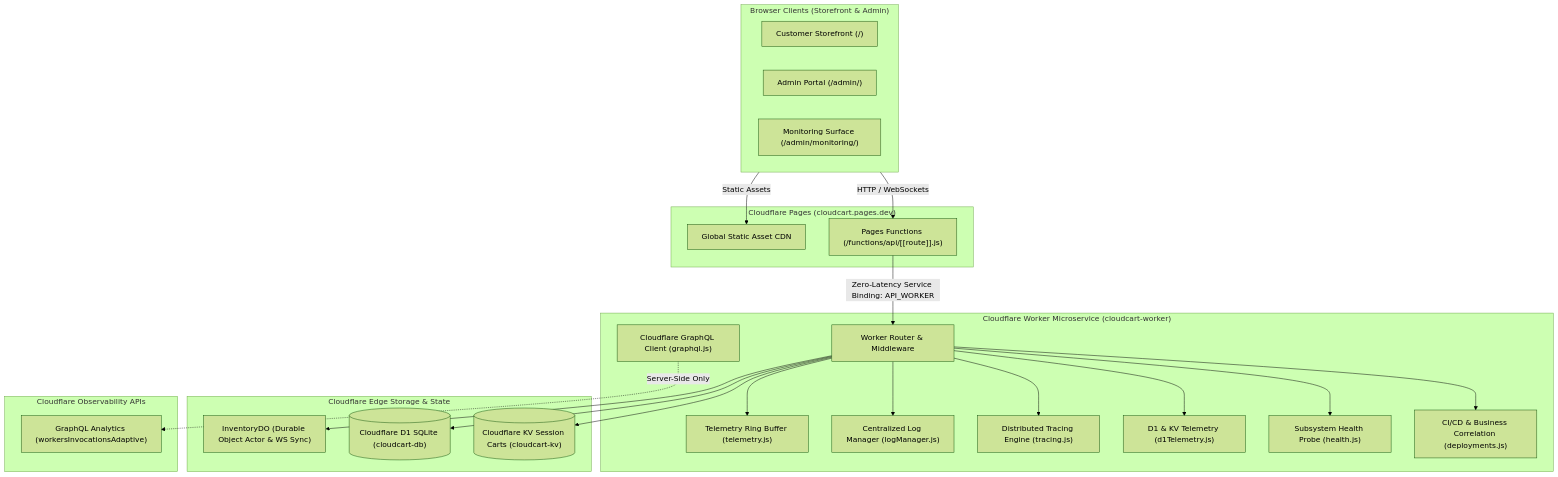
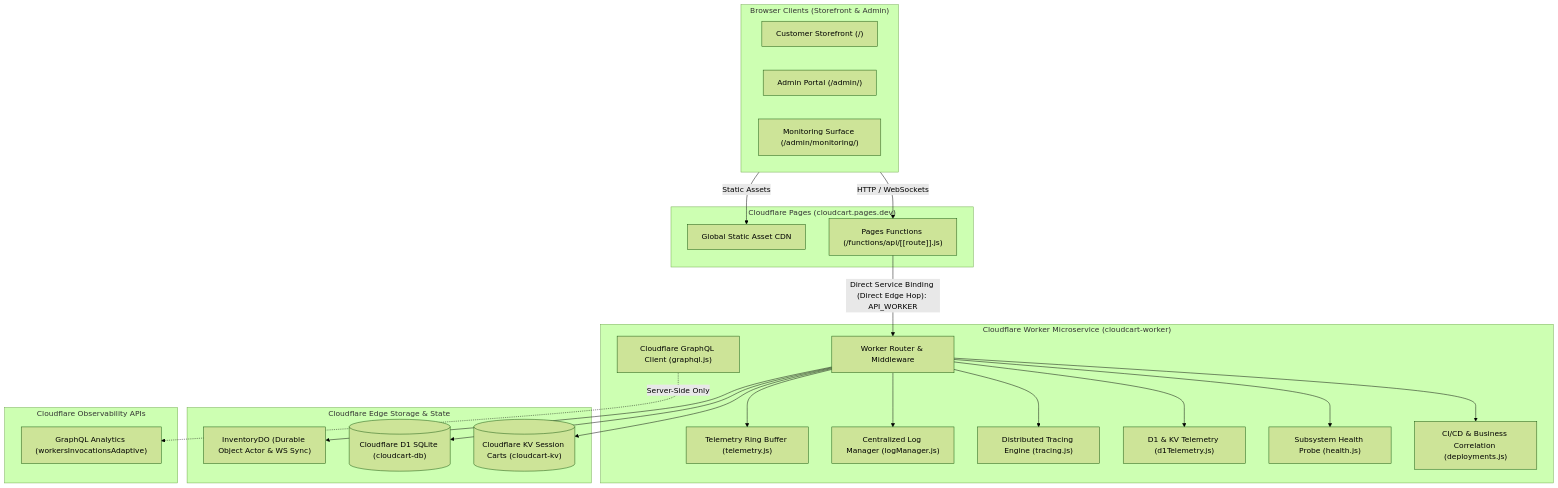
Before and after one commit to ShreeMaiya/CloudCart: the diagram in MONITORING_ASSESSMENT.md, drawn with Mermaid (forest theme). The commit also changed other lines of this file and 16 other files, not shown here.

````diff
--- a/MONITORING_ASSESSMENT.md
+++ b/MONITORING_ASSESSMENT.md
@@ -19,48 +19,48 @@
 ```mermaid
 flowchart TD
     subgraph Browser["Browser Clients (Storefront & Admin)"]
         CustomerUI["Customer Storefront (/)"]
         AdminPortal["Admin Portal (/admin/)"]
         MonitorPortal["Monitoring Surface (/admin/monitoring/)"]
     end
 
     subgraph PagesTier["Cloudflare Pages (cloudcart.pages.dev)"]
         CDN["Global Static Asset CDN"]
         PagesFunc["Pages Functions (/functions/api/[[route]].js)"]
     end
 
     subgraph WorkerMesh["Cloudflare Worker Microservice (cloudcart-worker)"]
         Router["Worker Router & Middleware"]
         Telemetry["Telemetry Ring Buffer (telemetry.js)"]
         LogManager["Centralized Log Manager (logManager.js)"]
         TraceEngine["Distributed Tracing Engine (tracing.js)"]
         D1Probe["D1 & KV Telemetry (d1Telemetry.js)"]
         HealthProbe["Subsystem Health Probe (health.js)"]
         DeployMonitor["CI/CD & Business Correlation (deployments.js)"]
         GFX["Cloudflare GraphQL Client (graphql.js)"]
     end
 
     subgraph EdgePersistence["Cloudflare Edge Storage & State"]
         DO["InventoryDO (Durable Object Actor & WS Sync)"]
         D1[("Cloudflare D1 SQLite (cloudcart-db)")]
         KV[("Cloudflare KV Session Carts (cloudcart-kv)")]
     end
 
     subgraph CloudflareCloud["Cloudflare Observability APIs"]
         CF_GraphQL["GraphQL Analytics (workersInvocationsAdaptive)"]
     end
 
     Browser -->|"Static Assets"| CDN
     Browser -->|"HTTP / WebSockets"| PagesFunc
-    PagesFunc -->|"Zero-Latency Service Binding: API_WORKER"| Router
+    PagesFunc -->|"Direct Service Binding (Direct Edge Hop): API_WORKER"| Router
     Router --> Telemetry
     Router --> LogManager
     Router --> TraceEngine
     Router --> D1Probe
     Router --> HealthProbe
     Router --> DeployMonitor
     Router --> DO
     Router --> D1
     Router --> KV
     GFX -.->|"Server-Side Only"| CF_GraphQL
 ```
````
